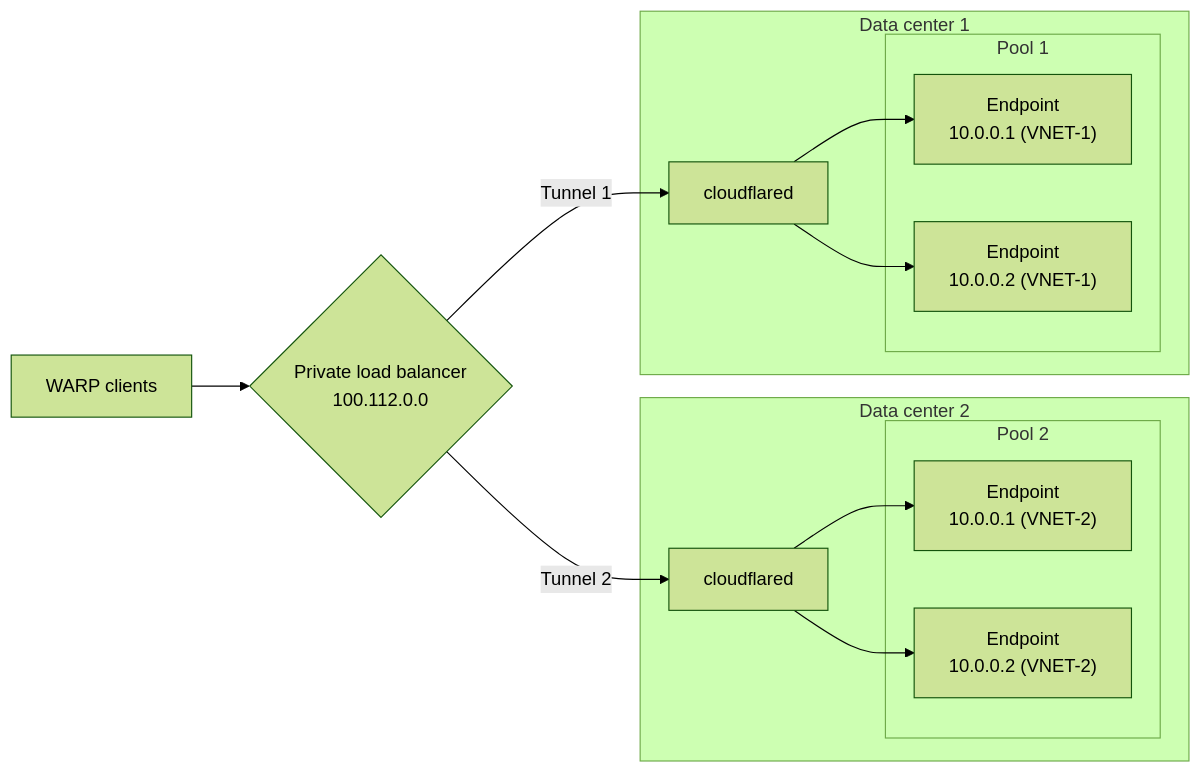
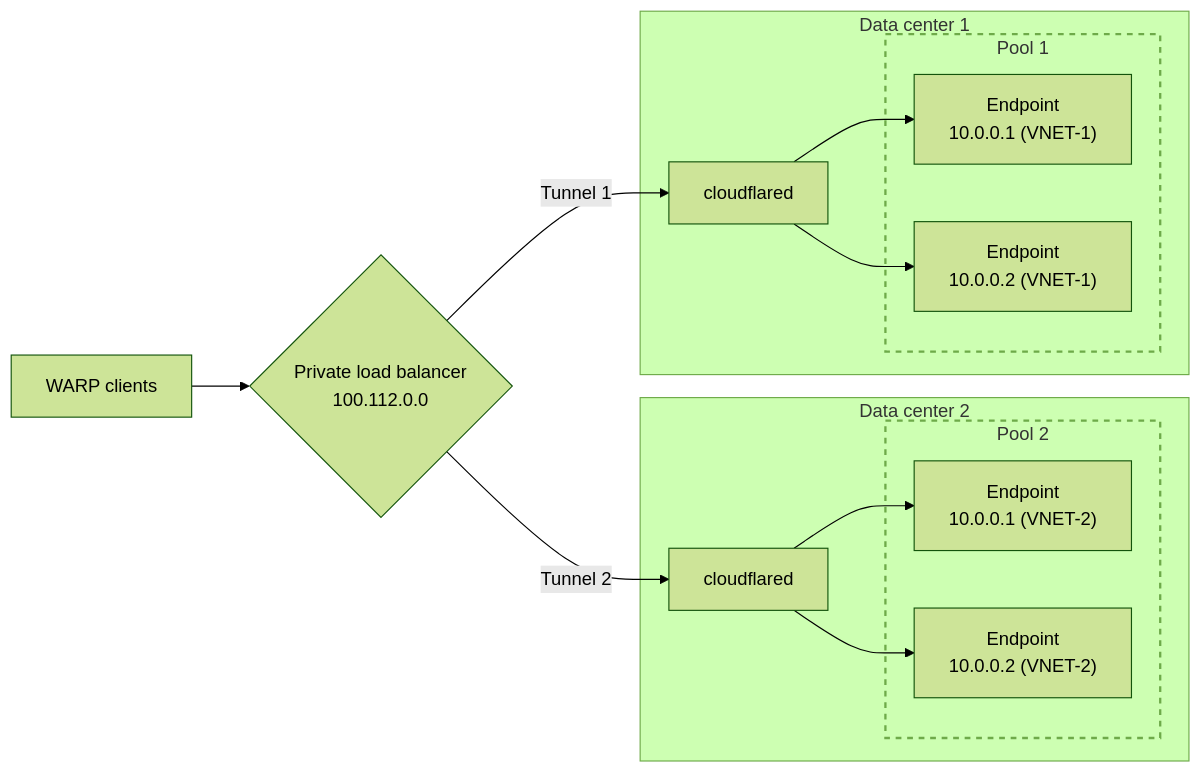
One commit to sofyanori111-png/cloudflare-docs changed the sixth of 6 diagrams in src/content/docs/cloudflare-one/connections/connect-networks/configure-tunnels/tunnel-availability/index.mdx. Above: the diagram before and after it, drawn with Mermaid (forest theme). The commit also changed other lines of this file, not shown here.

Commit message:
edit diagrams

````diff
--- a/src/content/docs/cloudflare-one/connections/connect-networks/configure-tunnels/tunnel-availability/index.mdx
+++ b/src/content/docs/cloudflare-one/connections/connect-networks/configure-tunnels/tunnel-availability/index.mdx
@@ -156,24 +201,27 @@
 ```mermaid
 graph LR
     W[WARP clients] --> C{Private load balancer <br> 100.112.0.0}
     C -- Tunnel 1 --> cf1
     C -- Tunnel 2 --> cf2
 		subgraph D2[Data center 2]
 			cf2[cloudflared]
 			subgraph F[Pool 2]
 					S3["Endpoint <br> 10.0.0.1 (VNET-2)"]
 					S4["Endpoint <br> 10.0.0.2 (VNET-2)"]
 			end
 			cf2-->S3
 			cf2-->S4
 		end
 		subgraph D1[Data center 1]
 			cf1[cloudflared]
 			subgraph E[Pool 1]
 					S1["Endpoint <br> 10.0.0.1 (VNET-1)"]
 					S2["Endpoint <br> 10.0.0.2 (VNET-1)"]
 			end
 			cf1-->S1
 			cf1-->S2
 		end
+
+		style E stroke-width:2px,stroke-dasharray: 5 5
+		style F stroke-width:2px,stroke-dasharray: 5 5
 ```
````
